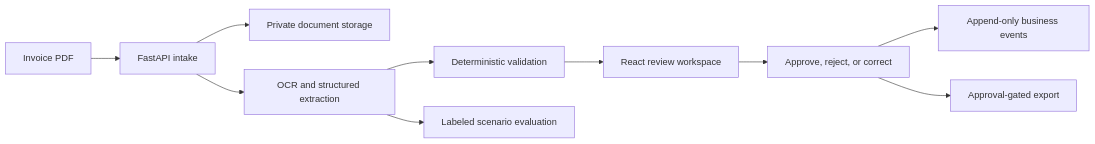
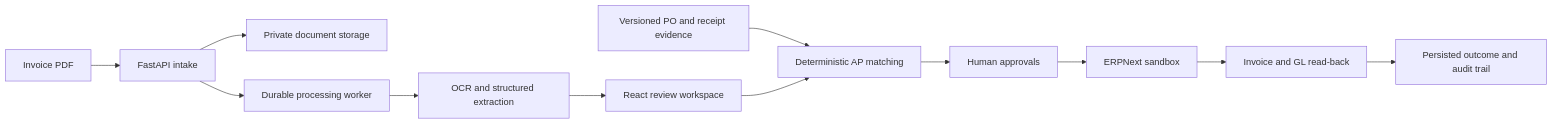
Before and after one commit to williamlo90/ai-document-ops-system: the diagram in README.md, drawn with Mermaid. The commit also changed other lines of this file and 59 other files, not shown here.

First line of the commit message:
phase-8: record cloud decision and organize invoice review repository

````diff
--- a/README.md
+++ b/README.md
@@ -50,12 +92,14 @@
 ```mermaid
 flowchart LR
-    PDF["Invoice PDF"] --> API["FastAPI intake"]
-    API --> STORE["Private document storage"]
-    API --> READ["OCR and structured extraction"]
-    READ --> RULES["Deterministic validation"]
-    RULES --> UI["React review workspace"]
-    UI --> DECISION["Approve, reject, or correct"]
-    DECISION --> AUDIT["Append-only business events"]
-    DECISION --> EXPORT["Approval-gated export"]
-    READ --> QUALITY["Labeled scenario evaluation"]
+    PDF[Invoice PDF] --> API[FastAPI intake]
+    API --> STORE[Private document storage]
+    API --> WORKER[Durable processing worker]
+    WORKER --> AI[OCR and structured extraction]
+    AI --> REVIEW[React review workspace]
+    SOURCES[Versioned PO and receipt evidence] --> MATCH[Deterministic AP matching]
+    REVIEW --> MATCH
+    MATCH --> APPROVAL[Human approvals]
+    APPROVAL --> ERP[ERPNext sandbox]
+    ERP --> VERIFY[Invoice and GL read-back]
+    VERIFY --> AUDIT[Persisted outcome and audit trail]
 ```
````
